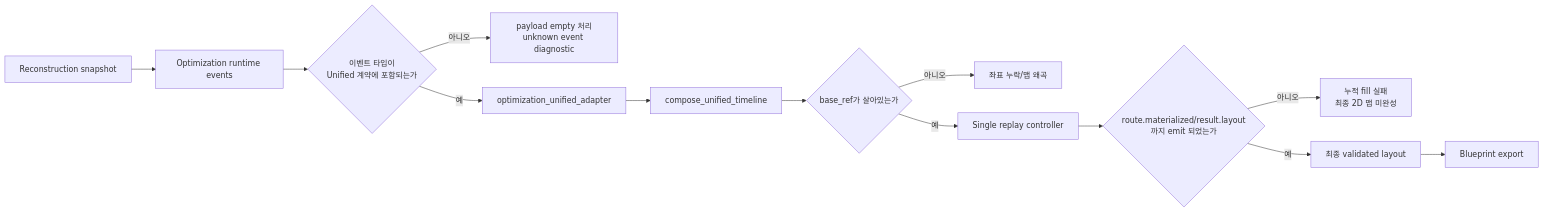
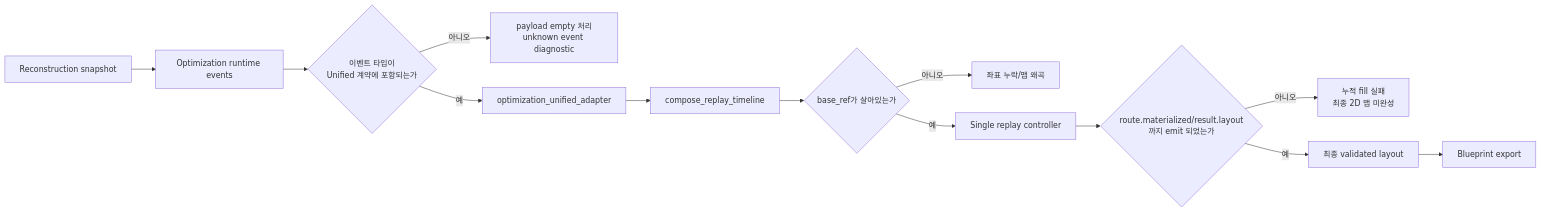
One commit to tigers2020/Shapez2Factory changed the diagram in documents/Algorithm/deep-research-report.md. Above: the diagram before and after it, drawn with Mermaid. The commit also changed other lines of this file and 45 other files, not shown here.

First line of the commit message:
refactor: unified replay 명칭을 Lab replay timeline으로 정리

````diff
--- a/documents/Algorithm/deep-research-report.md
+++ b/documents/Algorithm/deep-research-report.md
@@ -50,15 +50,15 @@
 ```mermaid
 flowchart LR
     A[Reconstruction snapshot] --> B[Optimization runtime events]
     B --> C{이벤트 타입이\nUnified 계약에 포함되는가}
     C -- 아니오 --> D[payload empty 처리\nunknown event diagnostic]
     C -- 예 --> E[optimization_unified_adapter]
-    E --> F[compose_unified_timeline]
+    E --> F[compose_replay_timeline]
     F --> G{base_ref가 살아있는가}
     G -- 아니오 --> H[좌표 누락/맵 왜곡]
     G -- 예 --> I[Single replay controller]
     I --> J{route.materialized/result.layout\n까지 emit 되었는가}
     J -- 아니오 --> K[누적 fill 실패\n최종 2D 맵 미완성]
     J -- 예 --> L[최종 validated layout]
     L --> M[Blueprint export]
 ```
````
